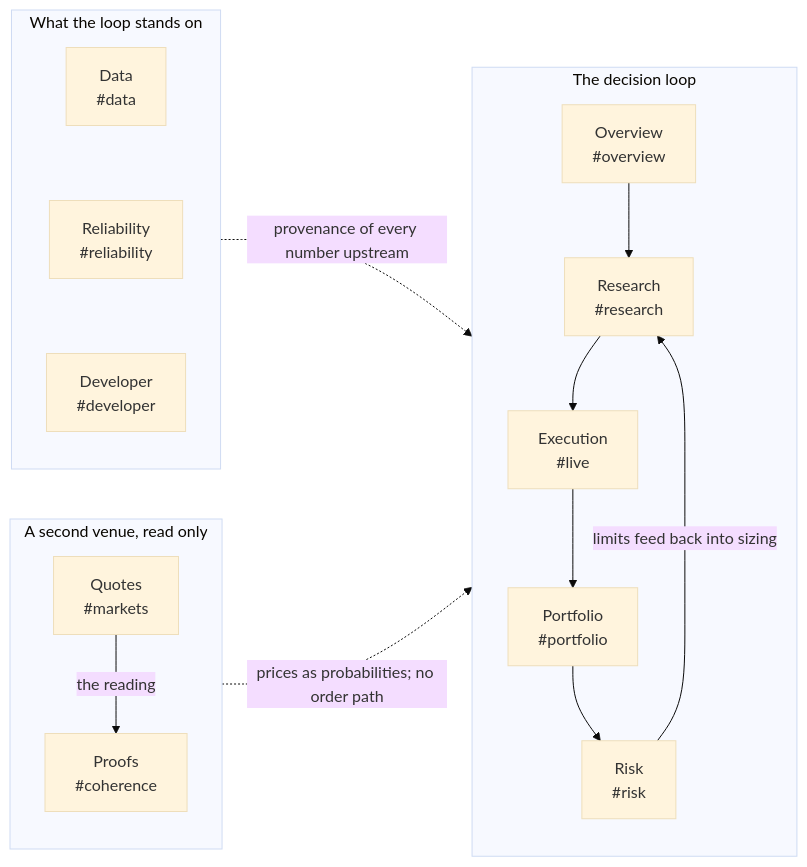
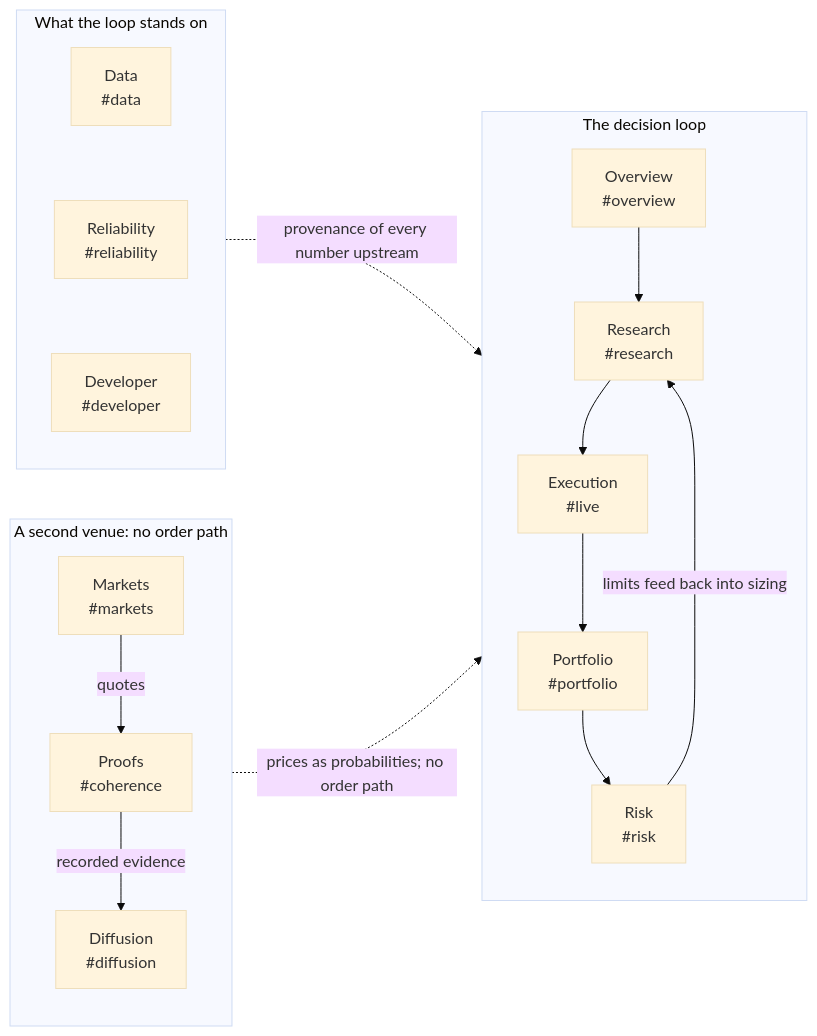
Before and after one commit to Manutd1234/AlphaEngine: the first of 2 diagrams in docs/product/PRODUCT_GUIDE.md, drawn with Mermaid (base theme). The commit also changed other lines of this file, not shown here.

````diff
--- a/docs/product/PRODUCT_GUIDE.md
+++ b/docs/product/PRODUCT_GUIDE.md
@@ -47,18 +54,19 @@
 ```mermaid
 flowchart LR
     subgraph loop["The decision loop"]
         O["Overview<br/>#overview"] --> R["Research<br/>#research"]
         R --> E["Execution<br/>#live"]
         E --> P["Portfolio<br/>#portfolio"]
         P --> K["Risk<br/>#risk"]
         K -- "limits feed back into sizing" --> R
     end
     subgraph ground["What the loop stands on"]
         D["Data<br/>#data"] ~~~ Y["Reliability<br/>#reliability"] ~~~ V["Developer<br/>#developer"]
     end
-    subgraph venue["A second venue, read only"]
-        M["Quotes<br/>#markets"] -- "the reading" --> C["Proofs<br/>#coherence"]
+    subgraph venue["A second venue: no order path"]
+        M["Markets<br/>#markets"] -- "quotes" --> C["Proofs<br/>#coherence"]
+        C -- "recorded evidence" --> F["Diffusion<br/>#diffusion"]
     end
     ground -. "provenance of every number upstream" .-> loop
     venue -. "prices as probabilities; no order path" .-> loop
 ```
````
